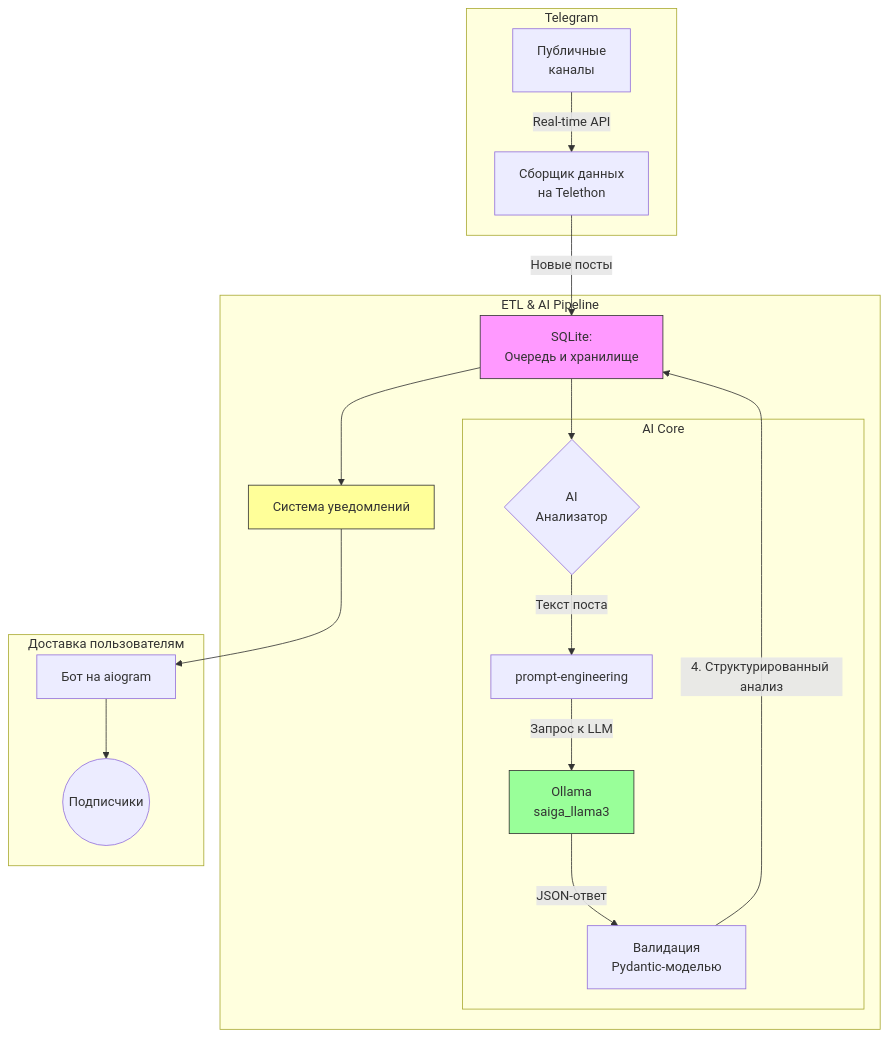
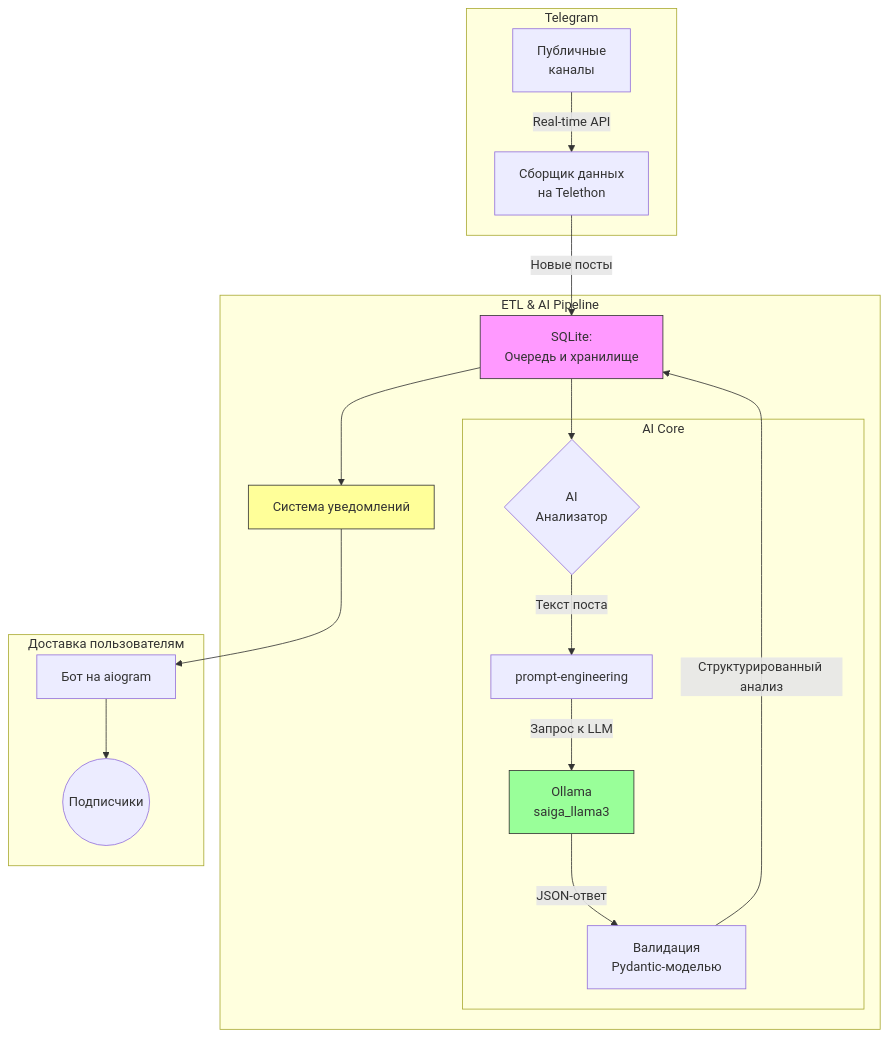
The diagram in README.md (000p1umDiesel/telegram-chatbot_news_analyzer), drawn with Mermaid before and after one commit.

````diff
--- a/README.md
+++ b/README.md
@@ -49,36 +49,36 @@
 ```mermaid
 graph TD;
 
 %% Яркие стили под тёмную тему
 classDef source fill:#007acc,color:#fff,stroke:#66c2ff,stroke-width:1.5px,font-size:13px;
 classDef processing fill:#00b386,color:#fff,stroke:#33ffbb,stroke-width:1.5px,font-size:13px;
 classDef ai fill:#e6ac00,color:#000,stroke:#ffd700,stroke-width:1.5px,font-size:13px;
 classDef decision fill:#cc3300,color:#fff,stroke:#ff6666,stroke-width:1.5px,font-size:13px;
 classDef delivery fill:#a64dff,color:#fff,stroke:#d9b3ff,stroke-width:1.5px,font-size:13px;
 
 subgraph Telegram
     A[Публичные<br>каналы] -->|Real-time API| B[Сборщик данных<br>на Telethon]
 end
 
 subgraph "ETL & AI Pipeline"
     B -->|Новые посты| C[SQLite:<br>Очередь и хранилище]
     C --> D{AI<br>Анализатор}
 
     subgraph "AI Core"
         D -->|Текст поста| E[prompt-engineering]
         E -->|Запрос к LLM| F[Ollama<br>saiga_llama3]
         F -->|JSON-ответ| G[Валидация<br>Pydantic-моделью]
     end
-    G -- "4. Структурированный анализ" --> C
+    G -- Структурированный анализ --> C
     C --> H[Система уведомлений]
   end
 
   subgraph "Доставка пользователям"
       H --> I[Бот на aiogram]
       I --> J((Подписчики))
   end
 
   style C fill:#f9f,stroke:#333,stroke-width:1px
   style F fill:#9f9,stroke:#333,stroke-width:1px
   style H fill:#ff9,stroke:#333,stroke-width:1px
 ```
````
